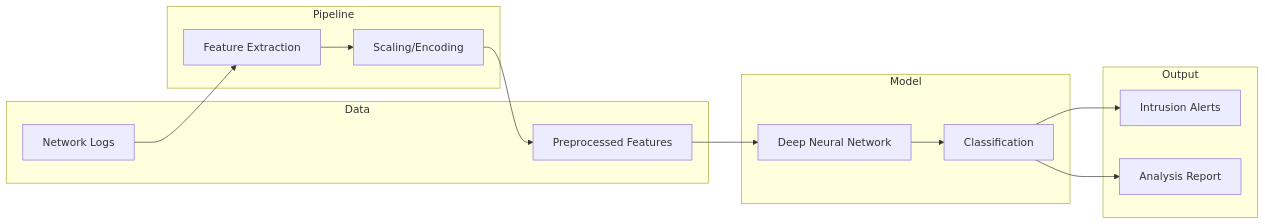
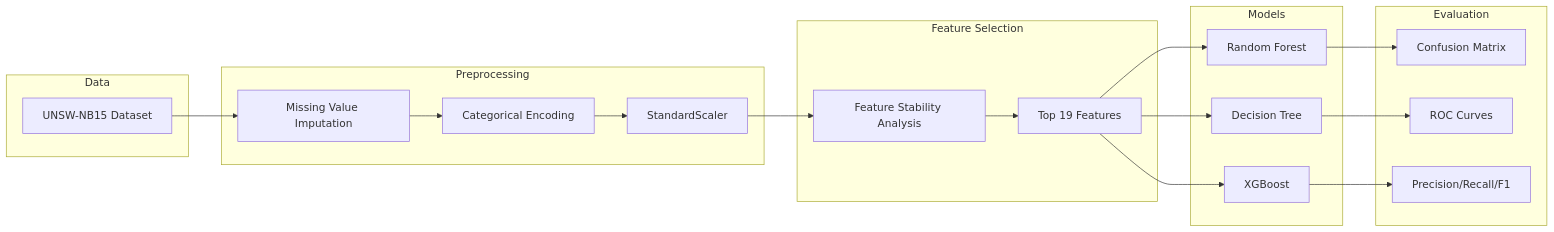
The diagram in README.md (aimal-khan/deep-learning-nids), drawn with Mermaid before and after one commit. The commit also changed other lines of this file, not shown here.

````diff
--- a/README.md
+++ b/README.md
@@ -13,27 +29,34 @@
 ```mermaid
 flowchart LR
     subgraph Data
-        RAW[Network Logs]
-        PROC[Preprocessed Features]
+        RAW[UNSW-NB15 Dataset]
     end
 
-    subgraph Pipeline
-        FE[Feature Extraction]
-        SC[Scaling/Encoding]
+    subgraph Preprocessing
+        CLEAN[Missing Value Imputation]
+        ENC[Categorical Encoding]
+        SCALE[StandardScaler]
     end
 
-    subgraph Model
-        DNN[Deep Neural Network]
-        PRED[Classification]
+    subgraph Feature Selection
+        FSA[Feature Stability Analysis]
+        TOP[Top 19 Features]
     end
 
-    subgraph Output
-        ALERT[Intrusion Alerts]
-        REPORT[Analysis Report]
+    subgraph Models
+        RF[Random Forest]
+        XGB[XGBoost]
+        DT[Decision Tree]
     end
 
-    RAW --> FE --> SC --> PROC
-    PROC --> DNN --> PRED
-    PRED --> ALERT
-    PRED --> REPORT
+    subgraph Evaluation
+        CM[Confusion Matrix]
+        ROC[ROC Curves]
+        METRICS[Precision/Recall/F1]
+    end
+
+    RAW --> CLEAN --> ENC --> SCALE --> FSA --> TOP
+    TOP --> RF --> CM
+    TOP --> XGB --> METRICS
+    TOP --> DT --> ROC
 ```
````
